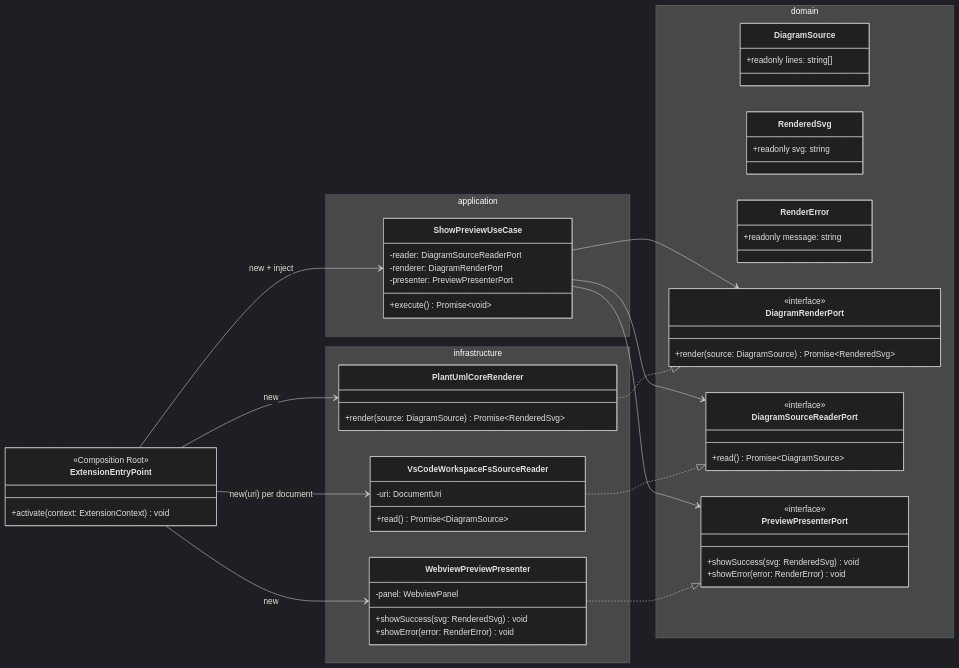
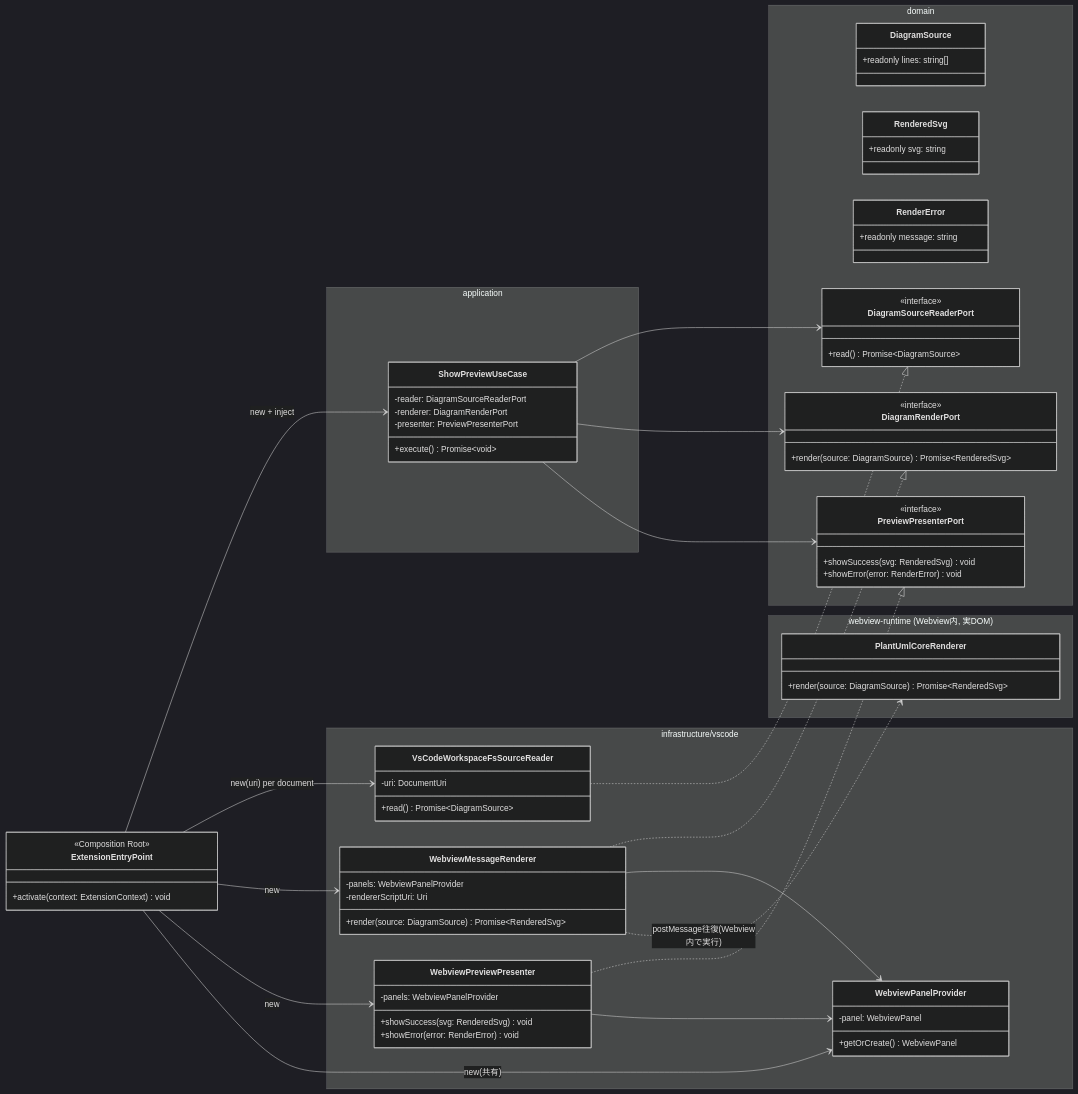
The first of 2 diagrams in docs/design/step2-vscode-extension-design.md (t29mato/plantuml-anywhere), drawn with Mermaid (dark theme) before and after one commit. The commit also changed other lines of this file and 31 other files, not shown here.

````diff
--- a/docs/design/step2-vscode-extension-design.md
+++ b/docs/design/step2-vscode-extension-design.md
@@ -84,18 +109,30 @@
         }
     }
 
-    namespace infrastructure {
+    namespace infrastructure["infrastructure/vscode"] {
         class VsCodeWorkspaceFsSourceReader {
             -uri: DocumentUri
             +read() Promise~DiagramSource~
         }
-        class PlantUmlCoreRenderer {
+        class WebviewPanelProvider {
+            -panel: WebviewPanel
+            +getOrCreate() WebviewPanel
+        }
+        class WebviewMessageRenderer {
+            -panels: WebviewPanelProvider
+            -rendererScriptUri: Uri
             +render(source: DiagramSource) Promise~RenderedSvg~
         }
         class WebviewPreviewPresenter {
-            -panel: WebviewPanel
+            -panels: WebviewPanelProvider
             +showSuccess(svg: RenderedSvg) void
             +showError(error: RenderError) void
+        }
+    }
+
+    namespace webviewRuntime["webview-runtime (Webview内, 実DOM)"] {
+        class PlantUmlCoreRenderer {
+            +render(source: DiagramSource) Promise~RenderedSvg~
         }
     }
 
@@ -109,11 +146,15 @@
     ShowPreviewUseCase --> PreviewPresenterPort
 
     VsCodeWorkspaceFsSourceReader ..|> DiagramSourceReaderPort
-    PlantUmlCoreRenderer ..|> DiagramRenderPort
+    WebviewMessageRenderer ..|> DiagramRenderPort
     WebviewPreviewPresenter ..|> PreviewPresenterPort
+    WebviewMessageRenderer --> WebviewPanelProvider
+    WebviewPreviewPresenter --> WebviewPanelProvider
+    WebviewMessageRenderer ..> PlantUmlCoreRenderer : postMessage往復(Webview内で実行)
 
     ExtensionEntryPoint --> ShowPreviewUseCase : new + inject
     ExtensionEntryPoint --> VsCodeWorkspaceFsSourceReader : new(uri) per document
-    ExtensionEntryPoint --> PlantUmlCoreRenderer : new
+    ExtensionEntryPoint --> WebviewMessageRenderer : new
     ExtensionEntryPoint --> WebviewPreviewPresenter : new
+    ExtensionEntryPoint --> WebviewPanelProvider : new(共有)
 ```
````
